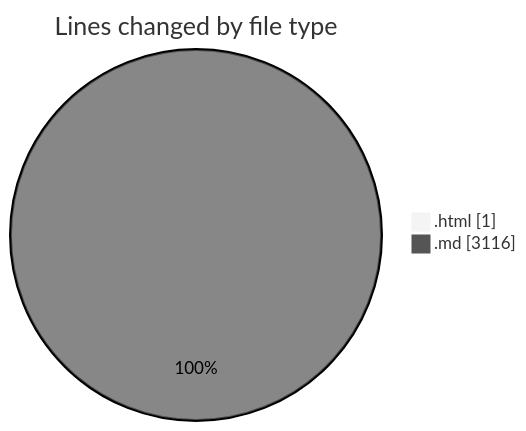
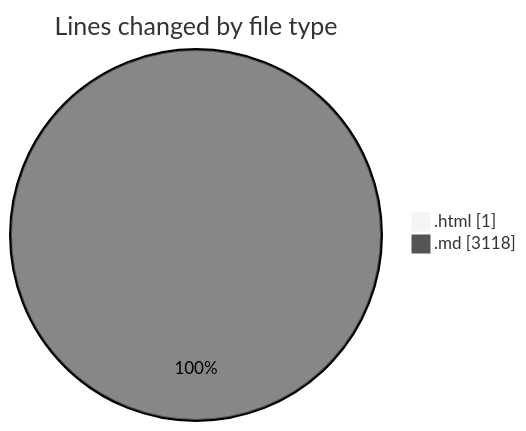
The first of 2 diagrams in 2025-07-08/urlwebwala_intership_work/README.md (Ritupan-Deka/code-tracking), drawn with Mermaid (neutral theme) before and after one commit. The commit also changed other lines of this file and 1 other file, not shown here.

````diff
--- a/2025-07-08/urlwebwala_intership_work/README.md
+++ b/2025-07-08/urlwebwala_intership_work/README.md
@@ -21,6 +21,6 @@
 ```mermaid
 pie showData
 title Lines changed by file type
 ".html" : 1
-".md" : 3116
+".md" : 3118
 ```
````
